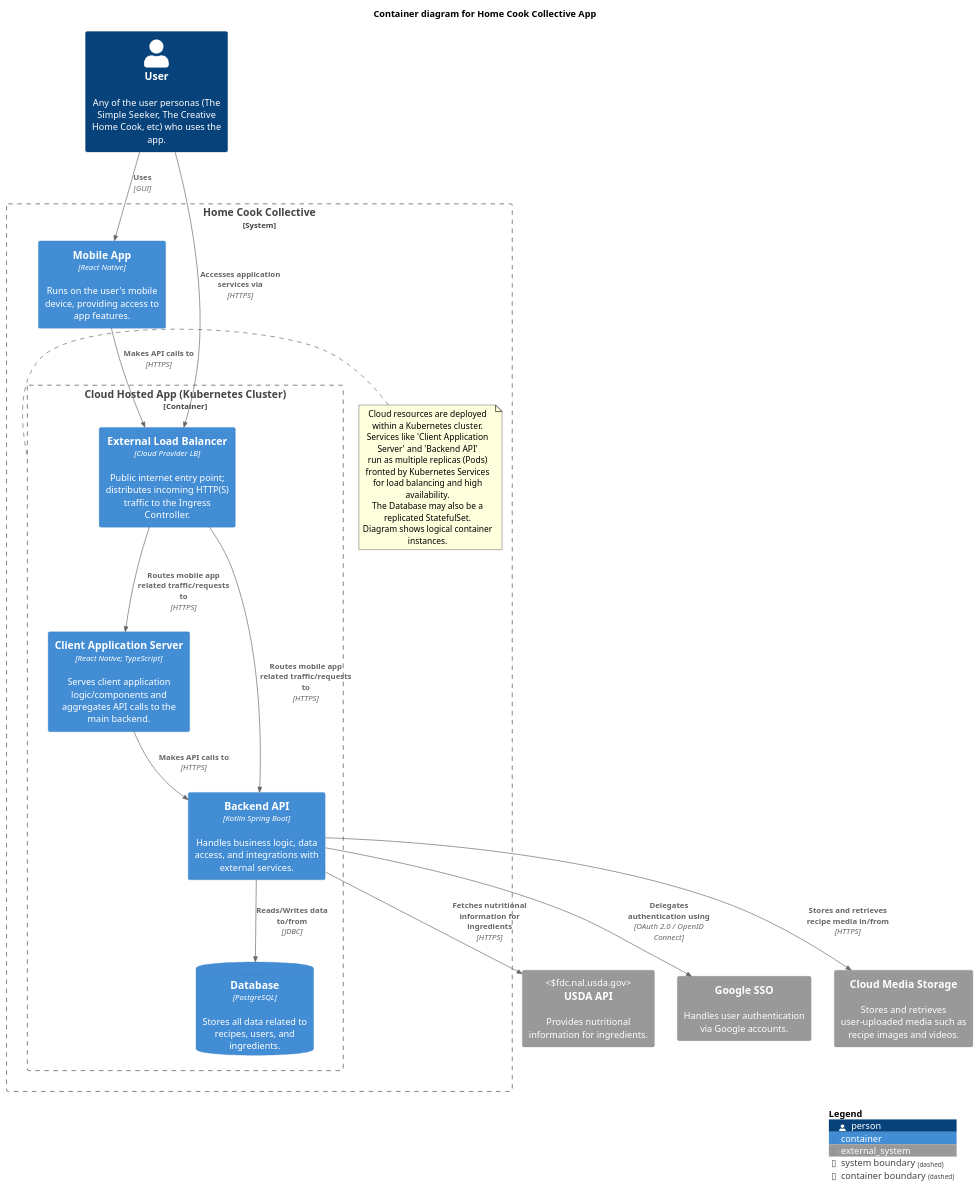
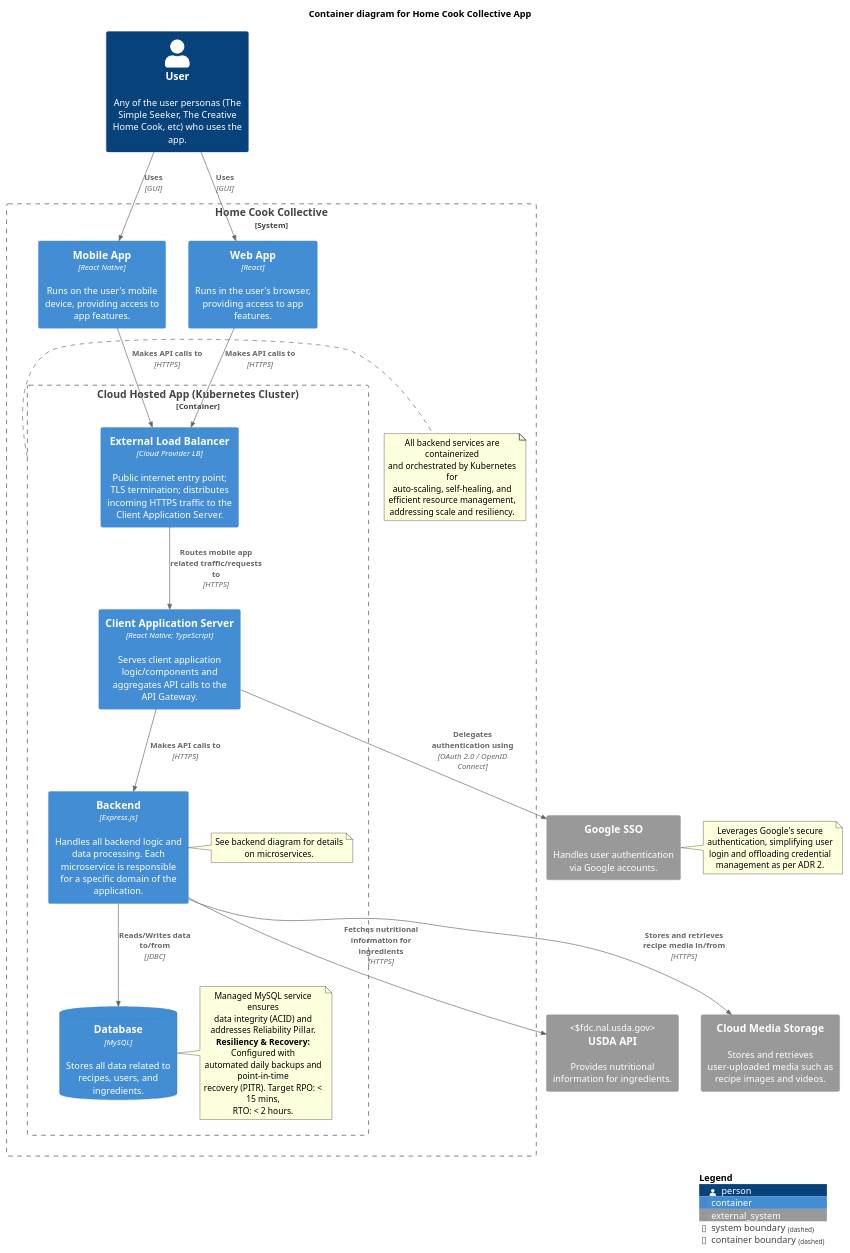
Before and after one commit to darius-despain/SE577-SoftwareArchitecture: the diagram in diagrams/src/hcc-container.puml, drawn with PlantUML. The commit also changed 3 other files, not shown here.

Commit message:
Extracted some backend details into a separate diagram, not done yet.

```diff
--- a/diagrams/src/hcc-container.puml
+++ b/diagrams/src/hcc-container.puml
@@ -1,49 +1,68 @@
 @startuml "Home-Cook-Collective-Container"
 !include ../C4_Container.puml
 
 title Container diagram for Home Cook Collective App
 
 Person(user, "User", "Any of the user personas (The Simple Seeker, The Creative Home Cook, etc) who uses the app.")
 
 System_Ext(usda_api, "USDA API","Provides nutritional information for ingredients.", "fdc.nal.usda.gov")
 System_Ext(google_sso_ext, "Google SSO", "Handles user authentication via Google accounts.")
+note right of google_sso_ext
+    Leverages Google's secure
+    authentication, simplifying user
+    login and offloading credential
+    management as per ADR 2.
+end note
 System_Ext(media_storage_ext, "Cloud Media Storage", "Stores and retrieves user-uploaded media such as recipe images and videos.")
 
 System_Boundary(hcc_system, "Home Cook Collective") {
     Container(mobile_app_client, "Mobile App", "React Native", "Runs on the user's mobile device, providing access to app features.")
+    Container(web_app_client, "Web App", "React", "Runs in the user's browser, providing access to app features.")
 
     Container_Boundary(hcc_k8s_cluster, "Cloud Hosted App (Kubernetes Cluster)") {
 
-        Container(external_lb, "External Load Balancer", "Cloud Provider LB", "Public internet entry point; distributes incoming HTTP(S) traffic to the Ingress Controller.")
+        Container(external_lb, "External Load Balancer", "Cloud Provider LB", "Public internet entry point; TLS termination; distributes incoming HTTPS traffic to the Client Application Server.")
 
-        Container(web_server, "Client Application Server", "React Native; TypeScript", "Serves client application logic/components and aggregates API calls to the main backend.")
+        Container(web_server, "Client Application Server", "React Native; TypeScript", "Serves client application logic/components and aggregates API calls to the API Gateway.")
 
-        Container(backend, "Backend API", "Kotlin Spring Boot", "Handles business logic, data access, and integrations with external services.")
-        ContainerDb(db, "Database", "PostgreSQL", "Stores all data related to recipes, users, and ingredients.")
+        Container(backend, "Backend", "Express.js", "Handles all backend logic and data processing. Each microservice is responsible for a specific domain of the application.")
+        note right of backend
+            See backend diagram for details on microservices.
+        end note
+
+        ContainerDb(db, "Database", "MySQL", "Stores all data related to recipes, users, and ingredients.")
+        note right of db
+            Managed MySQL service ensures
+            data integrity (ACID) and addresses Reliability Pillar.
+            **Resiliency & Recovery:** Configured with
+            automated daily backups and point-in-time
+            recovery (PITR). Target RPO: < 15 mins,
+            RTO: < 2 hours.
+        end note
     }
-    note left of hcc_k8s_cluster
-        Cloud resources are deployed within a Kubernetes cluster.
-        Services like 'Client Application Server' and 'Backend API'
-        run as multiple replicas (Pods) fronted by Kubernetes Services
-        for load balancing and high availability.
-        The Database may also be a replicated StatefulSet.
-        Diagram shows logical container instances.
+    note right of hcc_k8s_cluster
+        All backend services are containerized
+        and orchestrated by Kubernetes for
+        auto-scaling, self-healing, and
+        efficient resource management,
+        addressing scale and resiliency.
     end note
 }
 
 Rel(user, mobile_app_client, "Uses", "GUI")
-Rel(user, external_lb, "Accesses application services via", "HTTPS")
+Rel(user, web_app_client, "Uses", "GUI")
 
 Rel(mobile_app_client, external_lb, "Makes API calls to", "HTTPS")
+Rel(web_app_client, external_lb, "Makes API calls to", "HTTPS")
+
 Rel(external_lb, web_server, "Routes mobile app related traffic/requests to", "HTTPS")
-Rel(external_lb, backend, "Routes mobile app related traffic/requests to", "HTTPS")
 
 Rel(web_server, backend, "Makes API calls to", "HTTPS")
+Rel(web_server, google_sso_ext, "Delegates authentication using", "OAuth 2.0 / OpenID Connect")
 
 Rel(backend, usda_api, "Fetches nutritional information for ingredients", "HTTPS")
 Rel(backend, db, "Reads/Writes data to/from", "JDBC")
-Rel(backend, google_sso_ext, "Delegates authentication using", "OAuth 2.0 / OpenID Connect")
 Rel(backend, media_storage_ext, "Stores and retrieves recipe media in/from", "HTTPS")
 
 SHOW_LEGEND()
 @enduml
```
